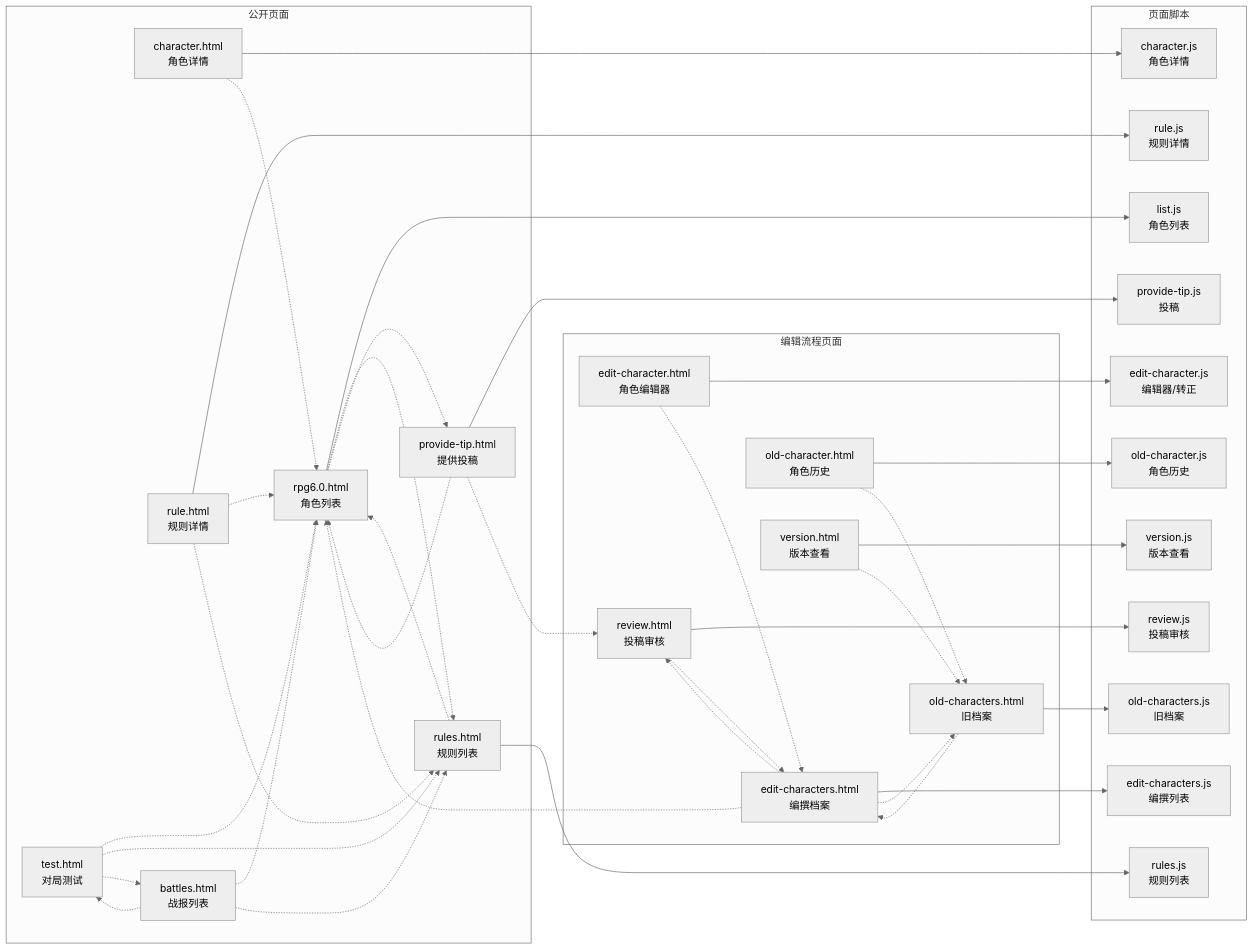
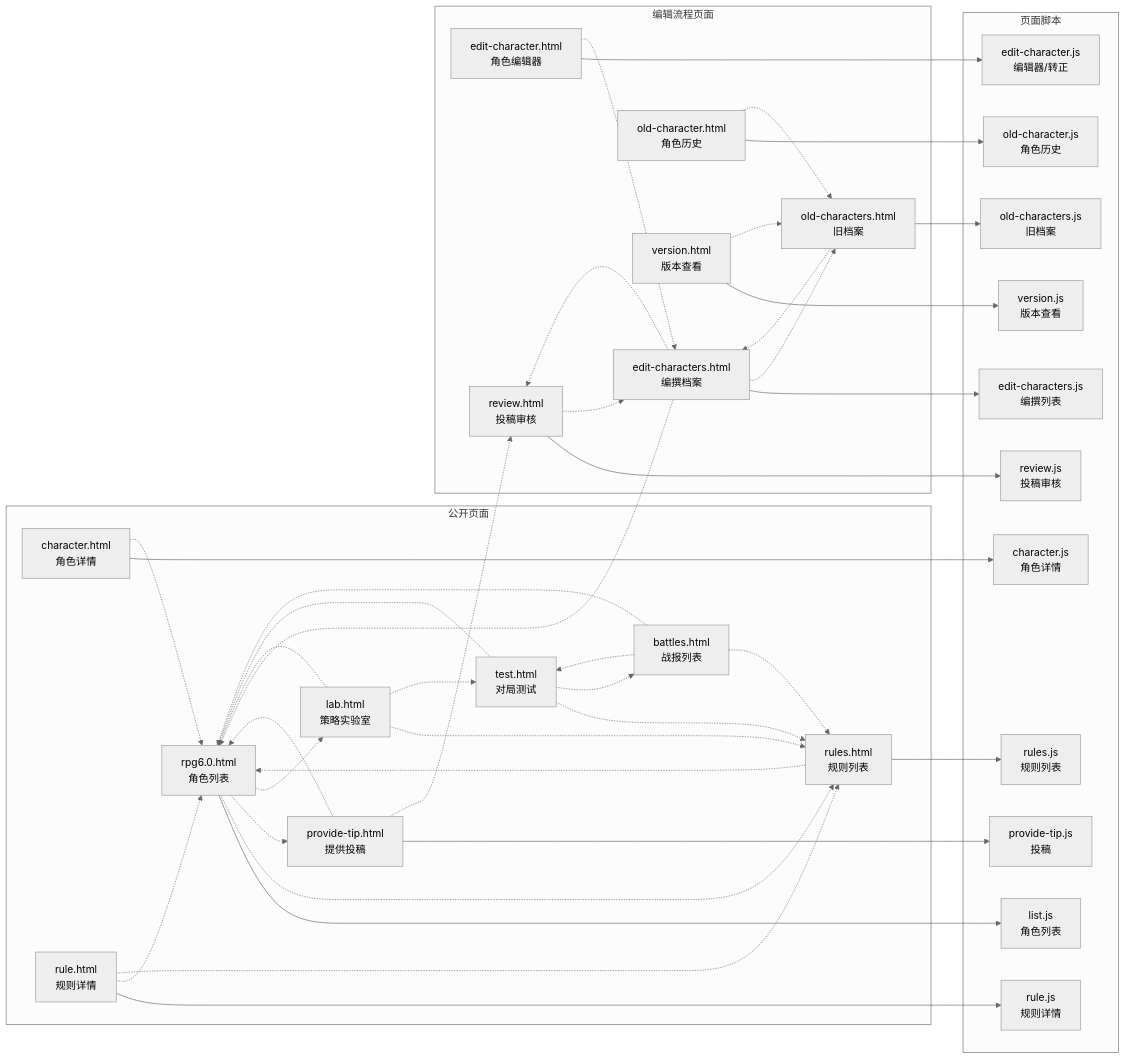
The first of 2 diagrams in rpg6.0/架构.md (cangwu-protect-union/cangwu-protect-union.github.io), drawn with Mermaid (neutral theme) before and after one commit. The commit also changed other lines of this file and 31 other files, not shown here.

````diff
--- a/rpg6.0/架构.md
+++ b/rpg6.0/架构.md
@@ -15,73 +15,78 @@
 ```mermaid
 flowchart LR
 
   subgraph pubLayer["公开页面"]
     P_rpg6_0["rpg6.0.html<br/>角色列表"]
     P_character["character.html<br/>角色详情"]
     P_rules["rules.html<br/>规则列表"]
     P_rule["rule.html<br/>规则详情"]
     P_provide_tip["provide-tip.html<br/>提供投稿"]
     P_test["test.html<br/>对局测试"]
     P_battles["battles.html<br/>战报列表"]
+    P_lab["lab.html<br/>策略实验室"]
   end
 
   subgraph editLayer["编辑流程页面"]
     P_edit_characters["edit-characters.html<br/>编撰档案"]
     P_edit_character["edit-character.html<br/>角色编辑器"]
     P_review["review.html<br/>投稿审核"]
     P_old_characters["old-characters.html<br/>旧档案"]
     P_old_character["old-character.html<br/>角色历史"]
     P_version["version.html<br/>版本查看"]
   end
 
   subgraph scriptLayer["页面脚本"]
     S_character["character.js<br/>角色详情"]
     S_edit_character["edit-character.js<br/>编辑器/转正"]
     S_edit_characters["edit-characters.js<br/>编撰列表"]
     S_list["list.js<br/>角色列表"]
     S_old_character["old-character.js<br/>角色历史"]
     S_old_characters["old-characters.js<br/>旧档案"]
     S_provide_tip["provide-tip.js<br/>投稿"]
     S_review["review.js<br/>投稿审核"]
     S_rule["rule.js<br/>规则详情"]
     S_rules["rules.js<br/>规则列表"]
     S_version["version.js<br/>版本查看"]
   end
 
   %% 页面加载自己的脚本
   P_rpg6_0 --> S_list
   P_character --> S_character
   P_rules --> S_rules
   P_rule --> S_rule
   P_provide_tip --> S_provide_tip
   P_edit_characters --> S_edit_characters
   P_edit_character --> S_edit_character
   P_review --> S_review
   P_old_characters --> S_old_characters
   P_old_character --> S_old_character
   P_version --> S_version
 
   %% 页面之间的跳转
   P_rpg6_0 -.-> P_rules
   P_rpg6_0 -.-> P_provide_tip
+  P_rpg6_0 -.-> P_lab
   P_character -.-> P_rpg6_0
   P_rules -.-> P_rpg6_0
   P_rule -.-> P_rpg6_0
   P_rule -.-> P_rules
   P_provide_tip -.-> P_rpg6_0
   P_provide_tip -.-> P_review
   P_test -.-> P_rpg6_0
   P_test -.-> P_rules
   P_test -.-> P_battles
   P_battles -.-> P_rpg6_0
   P_battles -.-> P_rules
   P_battles -.-> P_test
+  P_lab -.-> P_rpg6_0
+  P_lab -.-> P_rules
+  P_lab -.-> P_test
   P_edit_characters -.-> P_review
   P_edit_characters -.-> P_old_characters
   P_edit_characters -.-> P_rpg6_0
   P_edit_character -.-> P_edit_characters
   P_review -.-> P_edit_characters
   P_old_characters -.-> P_edit_characters
   P_old_character -.-> P_old_characters
   P_version -.-> P_old_characters
 ```
````
